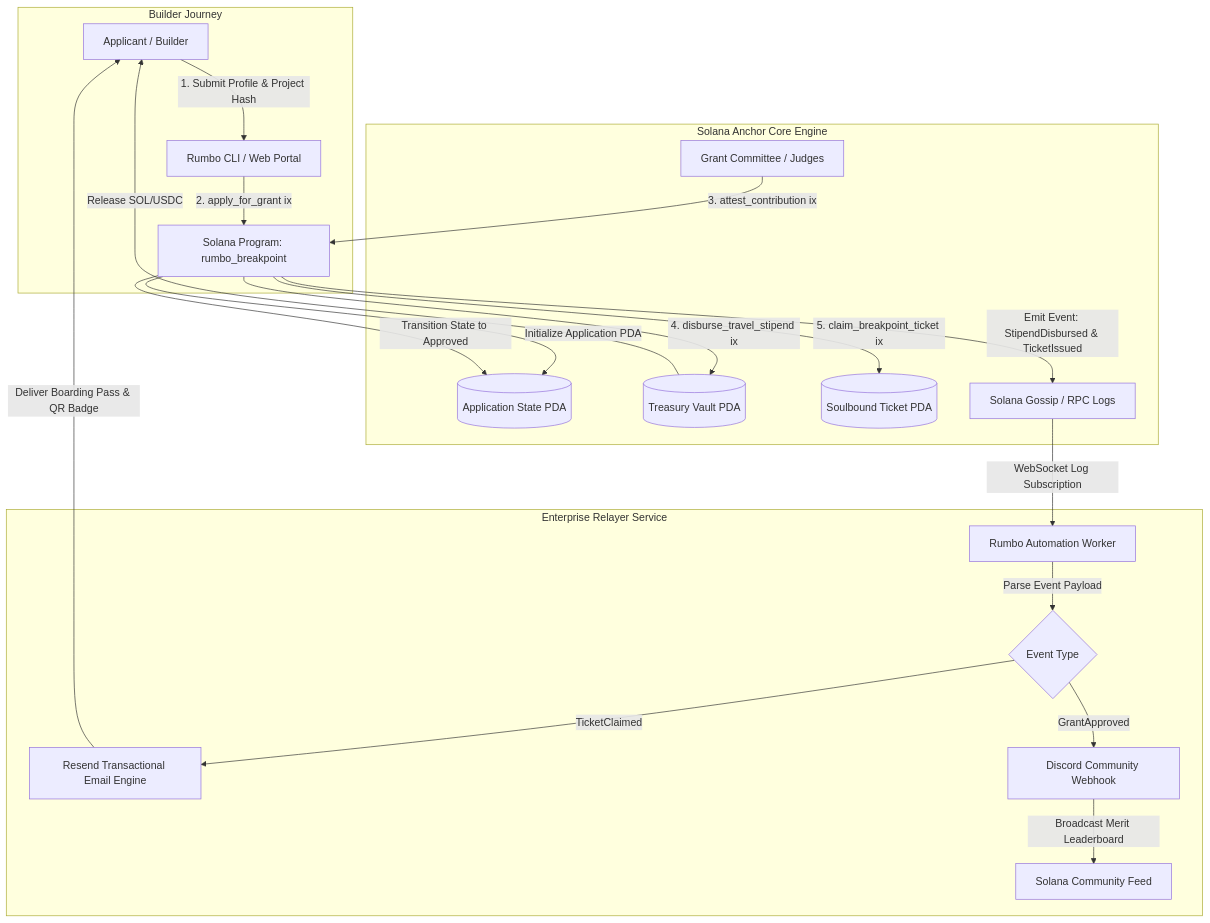
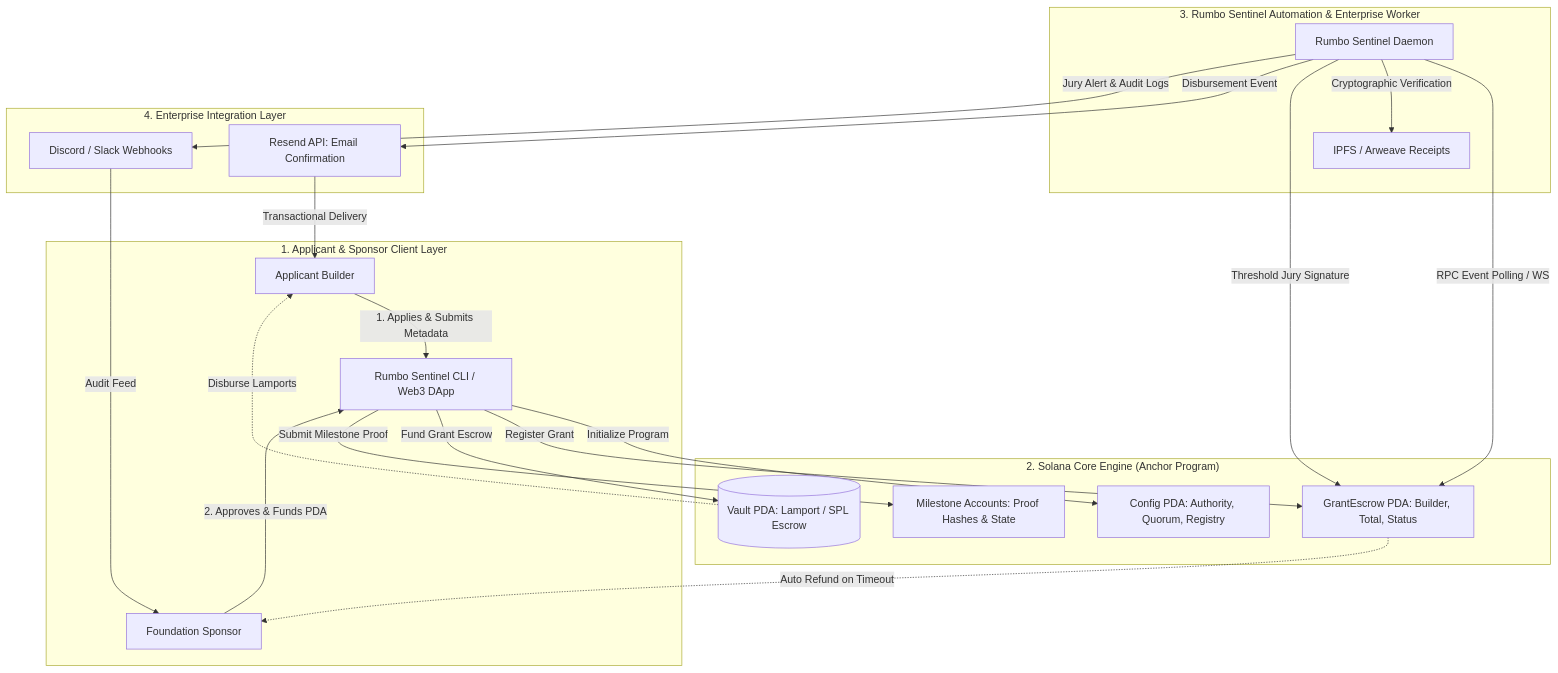
One commit to wiliancolomboo-tech/web3-rumbo-a-breakpoint-2026--gana-una-e-b2b42e changed the diagram in README.md. Above: the diagram before and after it, drawn with Mermaid. The commit also changed other lines of this file and 138 other files, not shown here.

````diff
--- a/README.md
+++ b/README.md
@@ -36,26 +46,36 @@
 ```mermaid
 flowchart TD
-    subgraph Builder_Experience [Builder Journey]
-        A[Applicant / Builder] -->|1. Submit Profile & Project Hash| B[Rumbo CLI / Web Portal]
-        B -->|2. apply_for_grant ix| C[Solana Program: rumbo_breakpoint]
+    subgraph ClientLayer ["1. Applicant & Sponsor Client Layer"]
+        A[Applicant Builder] -->|1. Applies & Submits Metadata| CLI[Rumbo Sentinel CLI / Web3 DApp]
+        SP[Foundation Sponsor] -->|2. Approves & Funds PDA| CLI
     end
 
-    subgraph OnChain_State [Solana Anchor Core Engine]
-        C -->|Initialize Application PDA| D[(Application State PDA)]
-        E[Grant Committee / Judges] -->|3. attest_contribution ix| C
-        C -->|Transition State to Approved| D
-        C -->|4. disburse_travel_stipend ix| F[(Treasury Vault PDA)]
-        F -->|Release SOL/USDC| A
-        C -->|5. claim_breakpoint_ticket ix| G[(Soulbound Ticket PDA)]
-        C -->|Emit Event: StipendDisbursed & TicketIssued| H[Solana Gossip / RPC Logs]
+    subgraph OnChainLayer ["2. Solana Core Engine (Anchor Program)"]
+        CONF[Config PDA: Authority, Quorum, Registry]
+        ESCROW[GrantEscrow PDA: Builder, Total, Status]
+        VAULT[(Vault PDA: Lamport / SPL Escrow)]
+        MSTONE[Milestone Accounts: Proof Hashes & State]
+
+        CLI -->|Initialize Program| CONF
+        CLI -->|Register Grant| ESCROW
+        CLI -->|Fund Grant Escrow| VAULT
+        CLI -->|Submit Milestone Proof| MSTONE
     end
 
-    subgraph OffChain_Automation [Enterprise Relayer Service]
-        H -->|WebSocket Log Subscription| I[Rumbo Automation Worker]
-        I -->|Parse Event Payload| J{Event Type}
-        J -->|TicketClaimed| K[Resend Transactional Email Engine]
-        J -->|GrantApproved| L[Discord Community Webhook]
-        K -->|Deliver Boarding Pass & QR Badge| A
-        L -->|Broadcast Merit Leaderboard| M[Solana Community Feed]
+    subgraph OffChainAgent ["3. Rumbo Sentinel Automation & Enterprise Worker"]
+        ORACLE[Rumbo Sentinel Daemon]
+        ORACLE -->|RPC Event Polling / WS| ESCROW
+        ORACLE -->|Cryptographic Verification| IPFS[IPFS / Arweave Receipts]
+        ORACLE -->|Threshold Jury Signature| ESCROW
     end
+
+    subgraph EnterpriseNotification ["4. Enterprise Integration Layer"]
+        ORACLE -->|Disbursement Event| RESEND[Resend API: Email Confirmation]
+        ORACLE -->|Jury Alert & Audit Logs| DISCORD[Discord / Slack Webhooks]
+        RESEND -->|Transactional Delivery| A
+        DISCORD -->|Audit Feed| SP
+    end
+
+    VAULT -.->|Disburse Lamports| A
+    ESCROW -.->|Auto Refund on Timeout| SP
 ```
````
